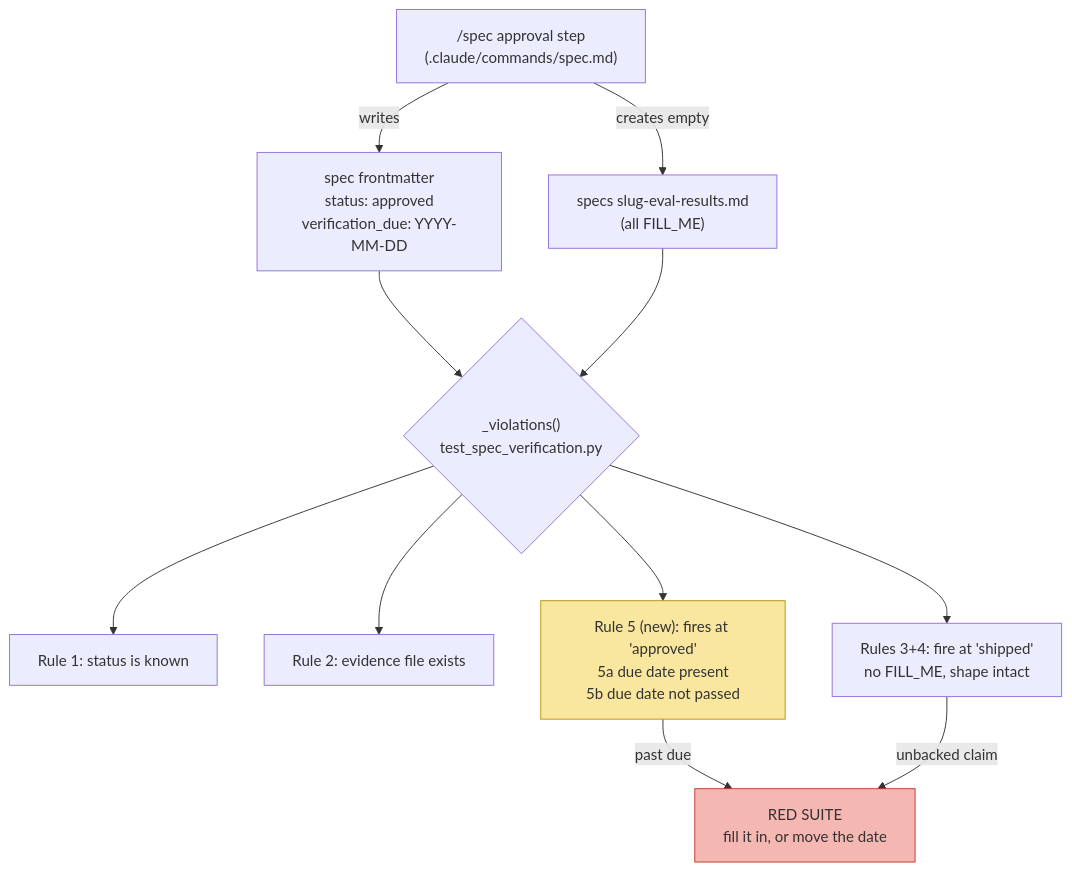
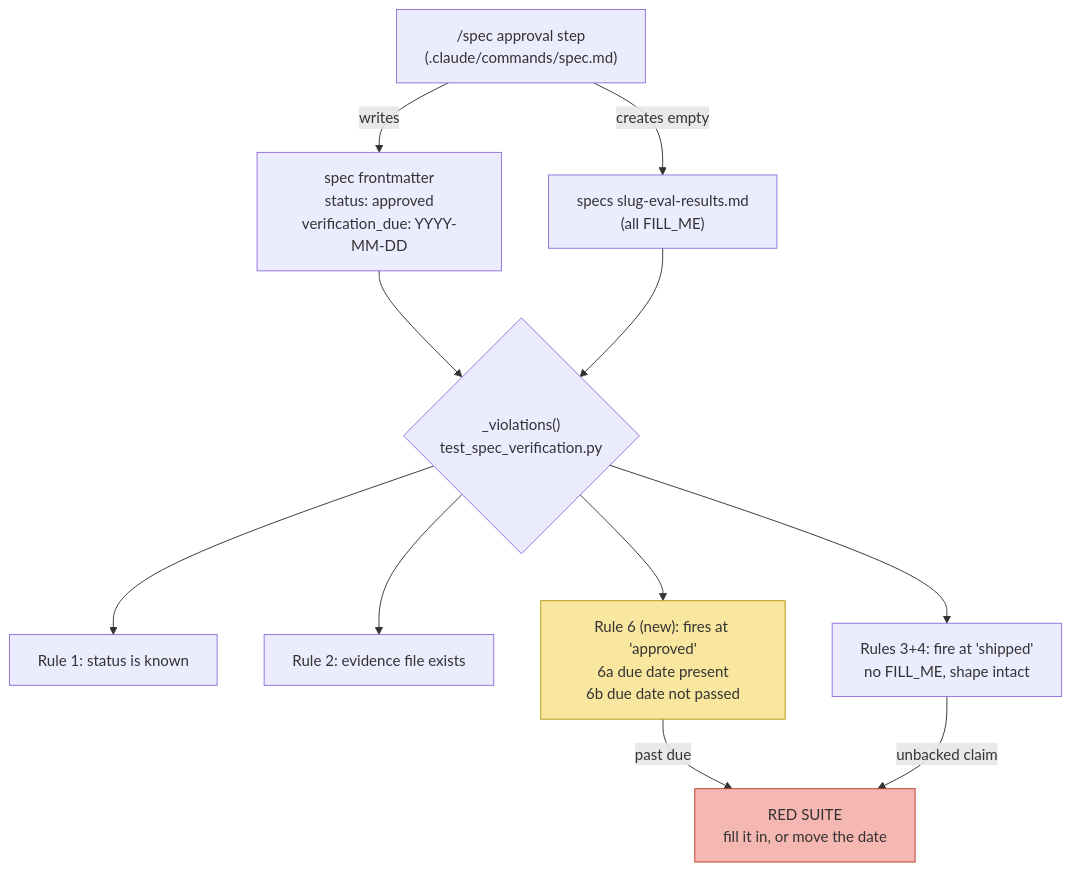
The diagram in specs/verification-due-date.md (eladrianovalle/TheStudio), drawn with Mermaid before and after one commit. The commit also changed other lines of this file, not shown here.

First line of the commit message:
spec: correct the verification-due-date draft against what #122 shipped

````diff
--- a/specs/verification-due-date.md
+++ b/specs/verification-due-date.md
@@ -34,15 +34,15 @@
 ```mermaid
 flowchart TD
     A["/spec approval step<br/>(.claude/commands/spec.md)"] -->|writes| B["spec frontmatter<br/>status: approved<br/>verification_due: YYYY-MM-DD"]
     A -->|creates empty| C["specs slug-eval-results.md<br/>(all FILL_ME)"]
     B --> D{"_violations()<br/>test_spec_verification.py"}
     C --> D
     D --> E["Rule 1: status is known"]
     D --> F["Rule 2: evidence file exists"]
     D --> G["Rules 3+4: fire at 'shipped'<br/>no FILL_ME, shape intact"]
-    D --> H["Rule 5 (new): fires at 'approved'<br/>5a due date present<br/>5b due date not passed"]
+    D --> H["Rule 6 (new): fires at 'approved'<br/>6a due date present<br/>6b due date not passed"]
     H -->|past due| I["RED SUITE<br/>fill it in, or move the date"]
     G -->|unbacked claim| I
     style H fill:#f9e79f,stroke:#b7950b
     style I fill:#f5b7b1,stroke:#c0392b
 ```
````
